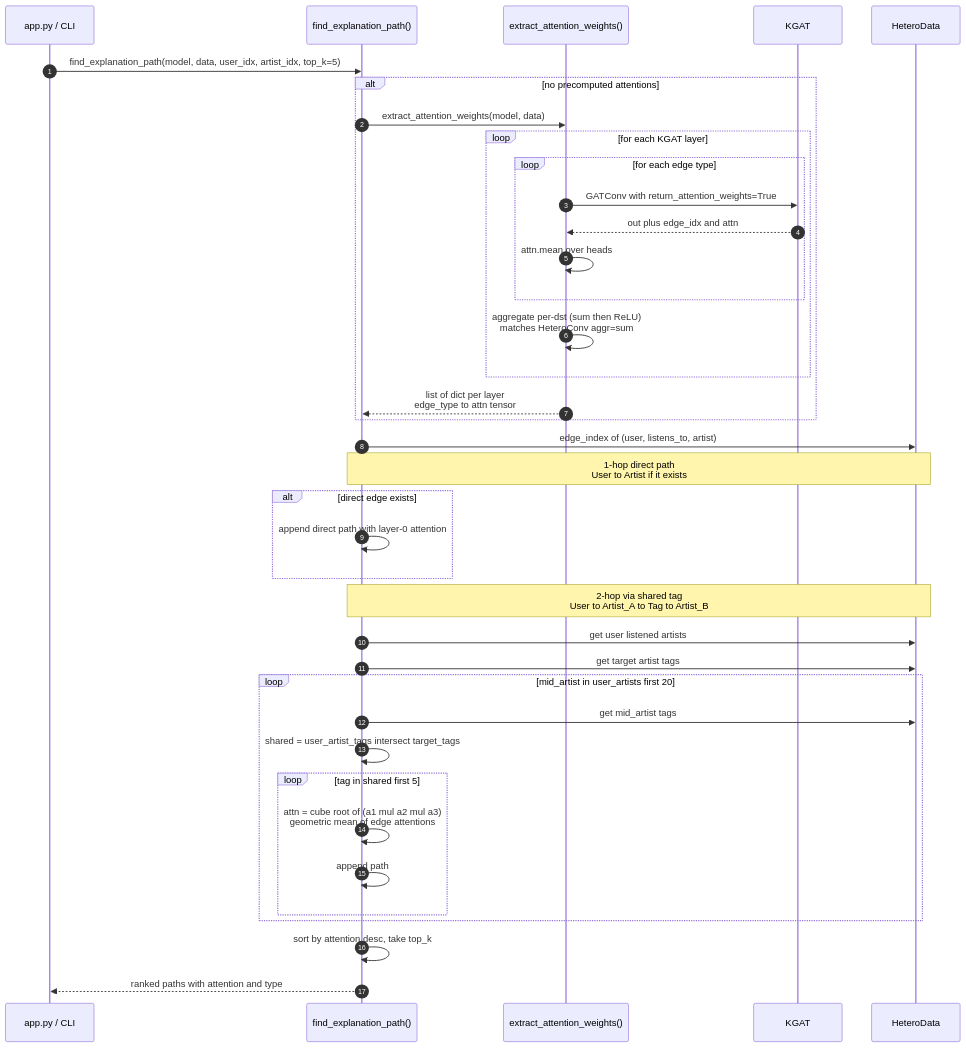
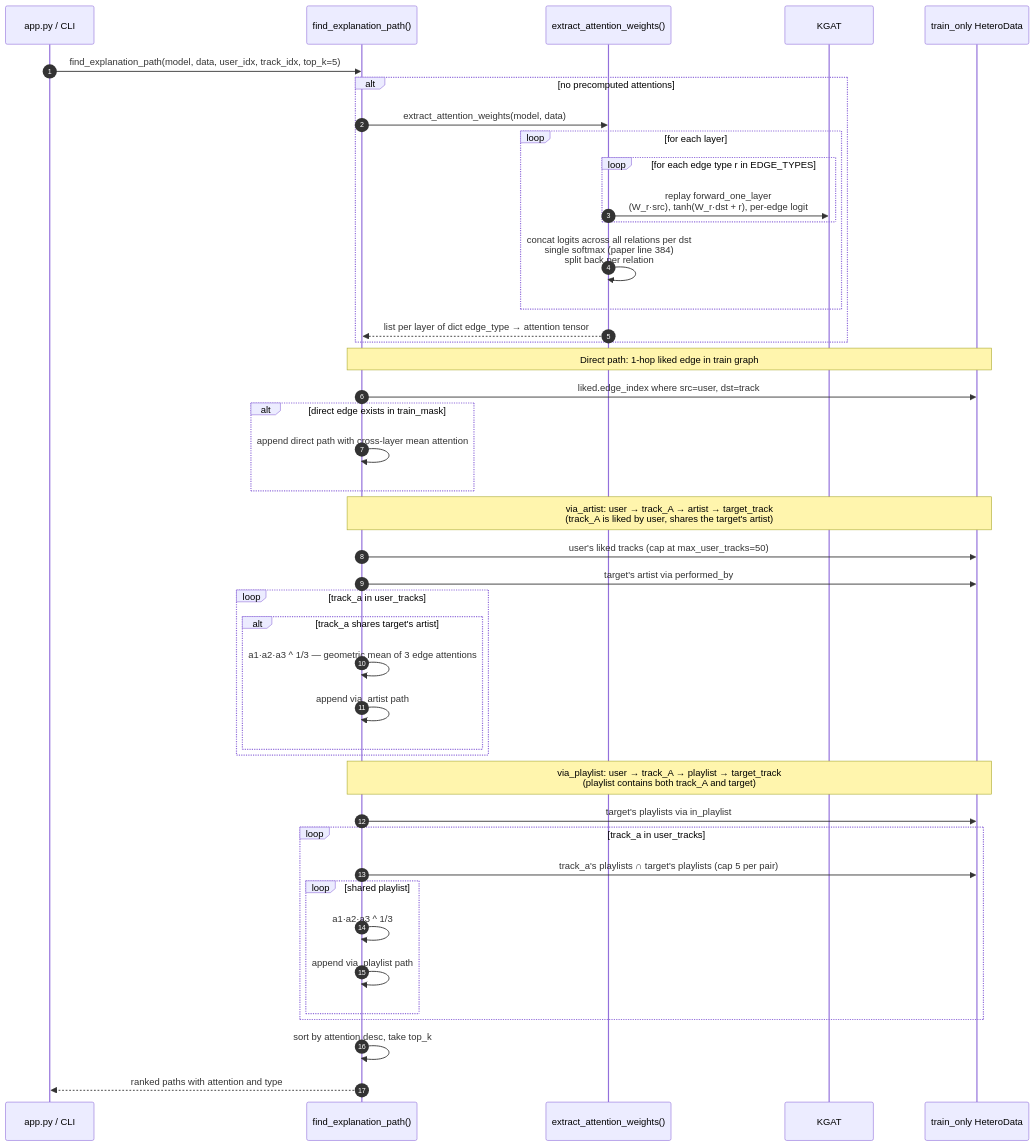
Before and after one commit to ogligorov/kgat-music-recommender: the eighth of 10 diagrams in docs/architecture.md, drawn with Mermaid. The commit also changed other lines of this file and 10 other files, not shown here.

````diff
--- a/docs/architecture.md
+++ b/docs/architecture.md
@@ -310,45 +381,51 @@
 ```mermaid
 sequenceDiagram
     autonumber
     participant Caller as app.py / CLI
     participant X as find_explanation_path()
     participant XA as extract_attention_weights()
     participant M as KGAT
-    participant D as HeteroData
+    participant D as train_only HeteroData
 
-    Caller->>X: find_explanation_path(model, data, user_idx, artist_idx, top_k=5)
+    Caller->>X: find_explanation_path(model, data, user_idx, track_idx, top_k=5)
 
     alt no precomputed attentions
         X->>XA: extract_attention_weights(model, data)
-        loop for each KGAT layer
-            loop for each edge type
-                XA->>M: GATConv with return_attention_weights=True
-                M-->>XA: out plus edge_idx and attn
-                XA->>XA: attn.mean over heads
+        loop for each layer
+            loop for each edge type r in EDGE_TYPES
+                XA->>M: replay forward_one_layer<br/>(W_r·src), tanh(W_r·dst + r), per-edge logit
             end
-            XA->>XA: aggregate per-dst (sum then ReLU)<br/>matches HeteroConv aggr=sum
+            XA->>XA: concat logits across all relations per dst<br/>single softmax (paper line 384)<br/>split back per relation
         end
-        XA-->>X: list of dict per layer<br/>edge_type to attn tensor
+        XA-->>X: list per layer of dict edge_type → attention tensor
     end
 
-    X->>D: edge_index of (user, listens_to, artist)
-    Note over X,D: 1-hop direct path<br/>User to Artist if it exists
-    alt direct edge exists
-        X->>X: append direct path with layer-0 attention
+    Note over X,D: Direct path: 1-hop liked edge in train graph
+    X->>D: liked.edge_index where src=user, dst=track
+    alt direct edge exists in train_mask
+        X->>X: append direct path with cross-layer mean attention
     end
 
-    Note over X,D: 2-hop via shared tag<br/>User to Artist_A to Tag to Artist_B
-    X->>D: get user listened artists
-    X->>D: get target artist tags
-    loop mid_artist in user_artists first 20
-        X->>D: get mid_artist tags
-        X->>X: shared = user_artist_tags intersect target_tags
-        loop tag in shared first 5
-            X->>X: attn = cube root of (a1 mul a2 mul a3)<br/>geometric mean of edge attentions
-            X->>X: append path
+    Note over X,D: via_artist: user → track_A → artist → target_track<br/>(track_A is liked by user, shares the target's artist)
+    X->>D: user's liked tracks (cap at max_user_tracks=50)
+    X->>D: target's artist via performed_by
+    loop track_a in user_tracks
+        alt track_a shares target's artist
+            X->>X: a1·a2·a3 ^ 1/3 — geometric mean of 3 edge attentions
+            X->>X: append via_artist path
+        end
+    end
+
+    Note over X,D: via_playlist: user → track_A → playlist → target_track<br/>(playlist contains both track_A and target)
+    X->>D: target's playlists via in_playlist
+    loop track_a in user_tracks
+        X->>D: track_a's playlists ∩ target's playlists (cap 5 per pair)
+        loop shared playlist
+            X->>X: a1·a2·a3 ^ 1/3
+            X->>X: append via_playlist path
         end
     end
 
     X->>X: sort by attention desc, take top_k
     X-->>Caller: ranked paths with attention and type
 ```
````
